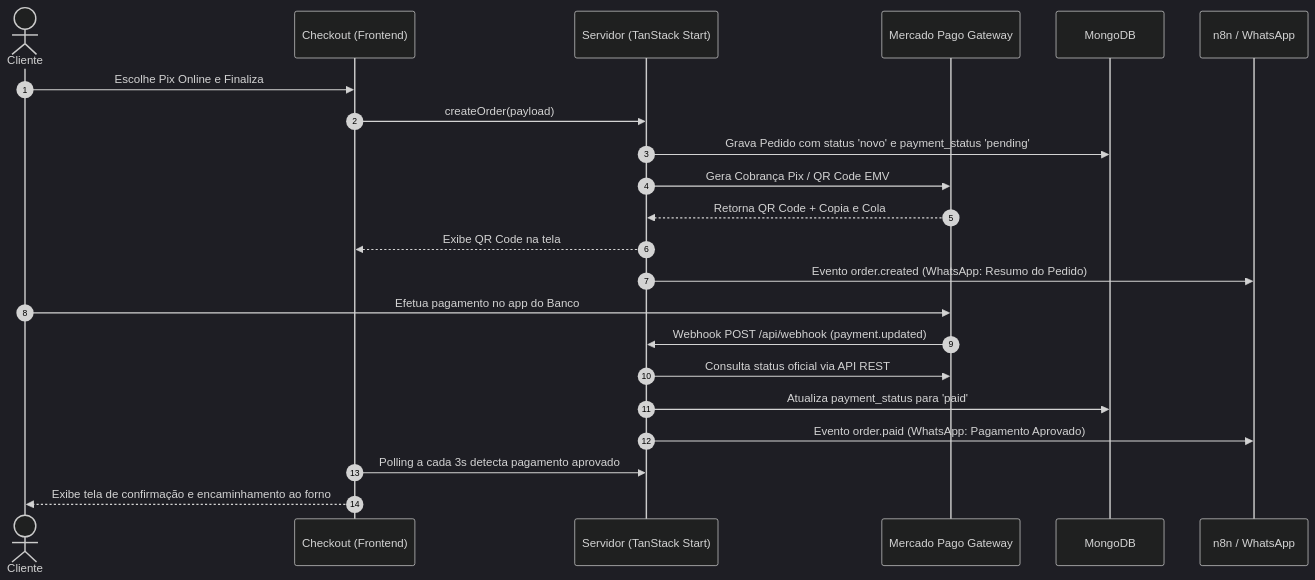
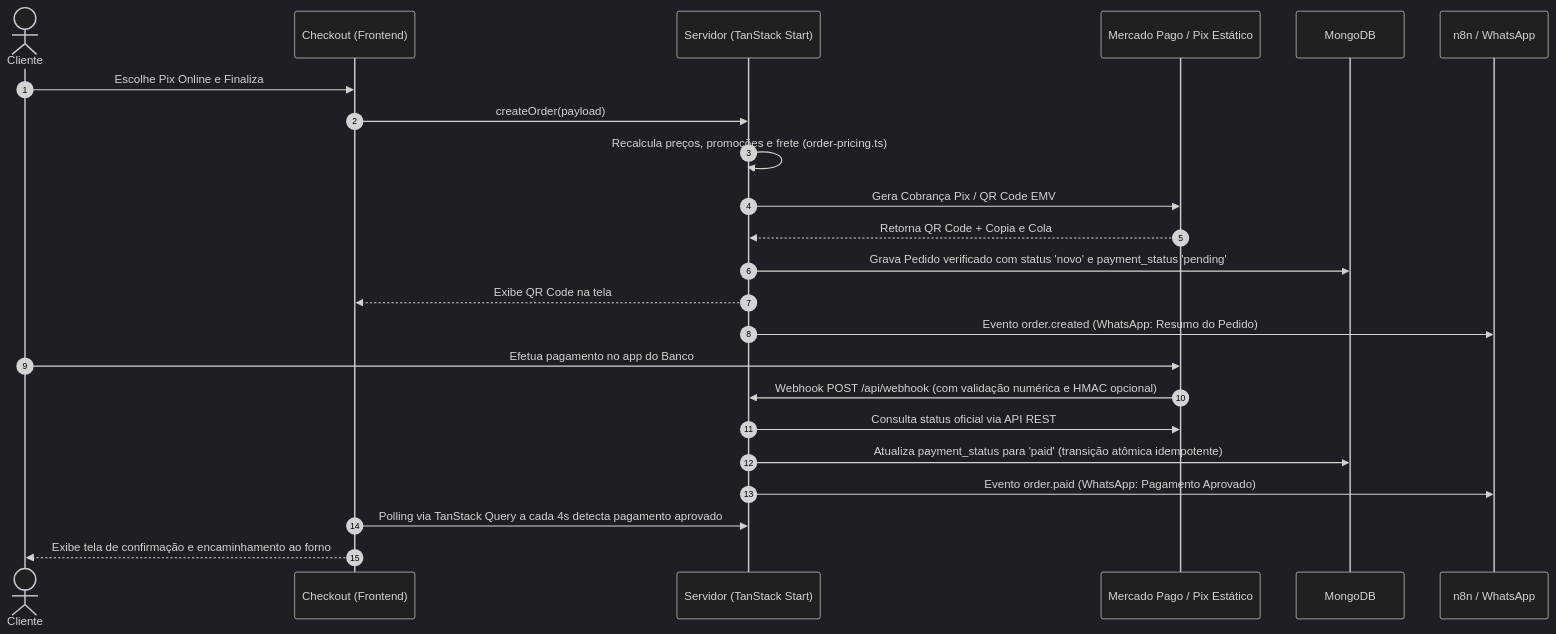
The second of 2 diagrams in DOCUMENTACAO_AUDITORIA.md (vagnerjms/PizzariaImperio), drawn with Mermaid (dark theme) before and after one commit. The commit also changed other lines of this file and 39 other files, not shown here.

First line of the commit message:
fix(core): harden order pricing, fix build/admin crashes, and align business rules

````diff
--- a/DOCUMENTACAO_AUDITORIA.md
+++ b/DOCUMENTACAO_AUDITORIA.md
@@ -128,26 +96,27 @@
 ```mermaid
 sequenceDiagram
     autonumber
     actor Cliente
     participant Checkout as Checkout (Frontend)
     participant Server as Servidor (TanStack Start)
-    participant MP as Mercado Pago Gateway
+    participant MP as Mercado Pago / Pix Estático
     participant DB as MongoDB
     participant n8n as n8n / WhatsApp
 
     Cliente->>Checkout: Escolhe Pix Online e Finaliza
     Checkout->>Server: createOrder(payload)
-    Server->>DB: Grava Pedido com status 'novo' e payment_status 'pending'
+    Server->>Server: Recalcula preços, promoções e frete (order-pricing.ts)
     Server->>MP: Gera Cobrança Pix / QR Code EMV
     MP-->>Server: Retorna QR Code + Copia e Cola
+    Server->>DB: Grava Pedido verificado com status 'novo' e payment_status 'pending'
     Server-->>Checkout: Exibe QR Code na tela
     Server->>n8n: Evento order.created (WhatsApp: Resumo do Pedido)
 
     Cliente->>MP: Efetua pagamento no app do Banco
-    MP->>Server: Webhook POST /api/webhook (payment.updated)
+    MP->>Server: Webhook POST /api/webhook (com validação numérica e HMAC opcional)
     Server->>MP: Consulta status oficial via API REST
-    Server->>DB: Atualiza payment_status para 'paid'
+    Server->>DB: Atualiza payment_status para 'paid' (transição atômica idempotente)
     Server->>n8n: Evento order.paid (WhatsApp: Pagamento Aprovado)
-    Checkout->>Server: Polling a cada 3s detecta pagamento aprovado
+    Checkout->>Server: Polling via TanStack Query a cada 4s detecta pagamento aprovado
     Checkout-->>Cliente: Exibe tela de confirmação e encaminhamento ao forno
 ```
````
